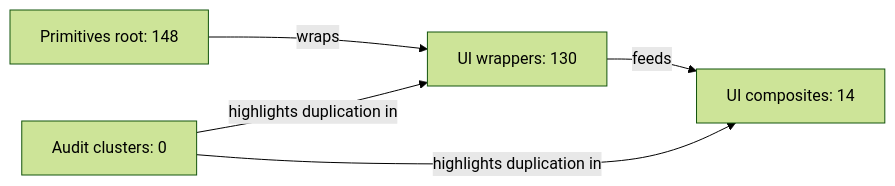
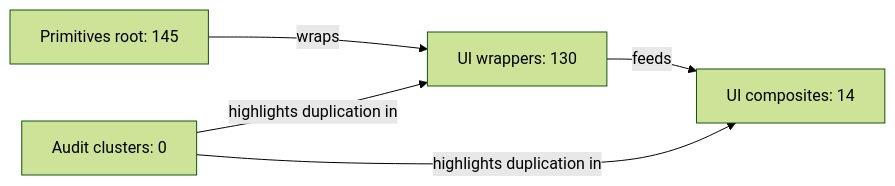
Before and after one commit to rob-balfre/dryui: the first of 2 diagrams in reports/architecture-audit.md, drawn with Mermaid (forest theme). The commit also changed other lines of this file and 38 other files, not shown here.

````diff
--- a/reports/architecture-audit.md
+++ b/reports/architecture-audit.md
@@ -18,11 +18,11 @@
 ```mermaid
 flowchart LR
-  p_root["Primitives root: 148"]
+  p_root["Primitives root: 145"]
   u_wrap["UI wrappers: 130"]
   u_comp["UI composites: 14"]
   audit["Audit clusters: 0"]
   p_root -->|wraps| u_wrap
   u_wrap -->|feeds| u_comp
   audit -->|highlights duplication in| u_comp
   audit -->|highlights duplication in| u_wrap
 ```
````
